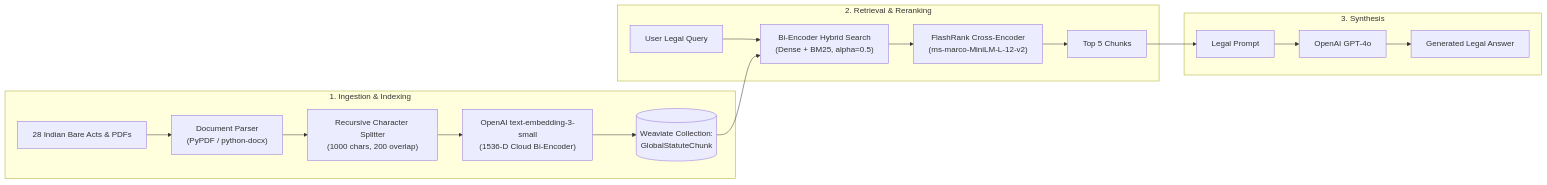
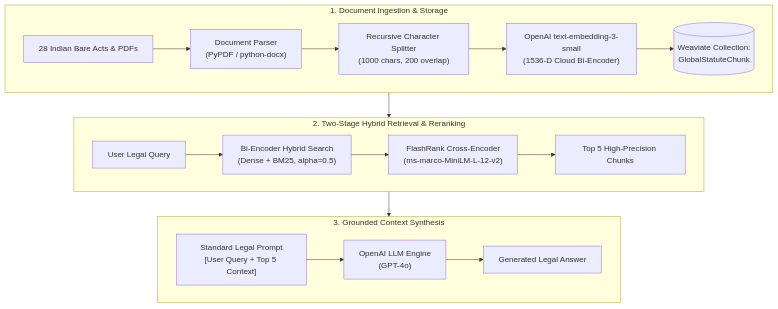
One commit to JaywardhanYadav/LegalDrishti-AI changed the first of 2 diagrams in README.md. Above: the diagram before and after it, drawn with Mermaid.

Commit message:
docs: structure Version 1 diagram with top-down stages and left-to-right internal flows

````diff
--- a/README.md
+++ b/README.md
@@ -34,22 +34,26 @@
 ```mermaid
-flowchart LR
-    subgraph INGEST_V1["1. Ingestion & Indexing"]
+flowchart TD
+    subgraph INGEST_V1["1. Document Ingestion & Storage"]
+        direction LR
         DOCS_V1["28 Indian Bare Acts & PDFs"] --> PARSER_V1["Document Parser\n(PyPDF / python-docx)"]
         PARSER_V1 --> CHUNK_V1["Recursive Character Splitter\n(1000 chars, 200 overlap)"]
         CHUNK_V1 --> EMBED_V1["OpenAI text-embedding-3-small\n(1536-D Cloud Bi-Encoder)"]
         EMBED_V1 --> WEAVIATE_V1[("Weaviate Collection:\nGlobalStatuteChunk")]
     end
 
-    subgraph RETRIEVE_V1["2. Retrieval & Reranking"]
+    subgraph RETRIEVE_V1["2. Two-Stage Hybrid Retrieval & Reranking"]
+        direction LR
         Q_V1["User Legal Query"] --> HYBRID_V1["Bi-Encoder Hybrid Search\n(Dense + BM25, alpha=0.5)"]
-        WEAVIATE_V1 --> HYBRID_V1
         HYBRID_V1 --> RERANK_V1["FlashRank Cross-Encoder\n(ms-marco-MiniLM-L-12-v2)"]
-        RERANK_V1 --> TOP5_V1["Top 5 Chunks"]
+        RERANK_V1 --> TOP5_V1["Top 5 High-Precision Chunks"]
     end
 
-    subgraph GEN_V1["3. Synthesis"]
-        TOP5_V1 --> PROMPT_V1["Legal Prompt"]
-        PROMPT_V1 --> LLM_V1["OpenAI GPT-4o"]
+    subgraph GEN_V1["3. Grounded Context Synthesis"]
+        direction LR
+        PROMPT_V1["Standard Legal Prompt\n[User Query + Top 5 Context]"] --> LLM_V1["OpenAI LLM Engine\n(GPT-4o)"]
         LLM_V1 --> ANS_V1["Generated Legal Answer"]
     end
+
+    WEAVIATE_V1 --> HYBRID_V1
+    TOP5_V1 --> PROMPT_V1
 ```
````
